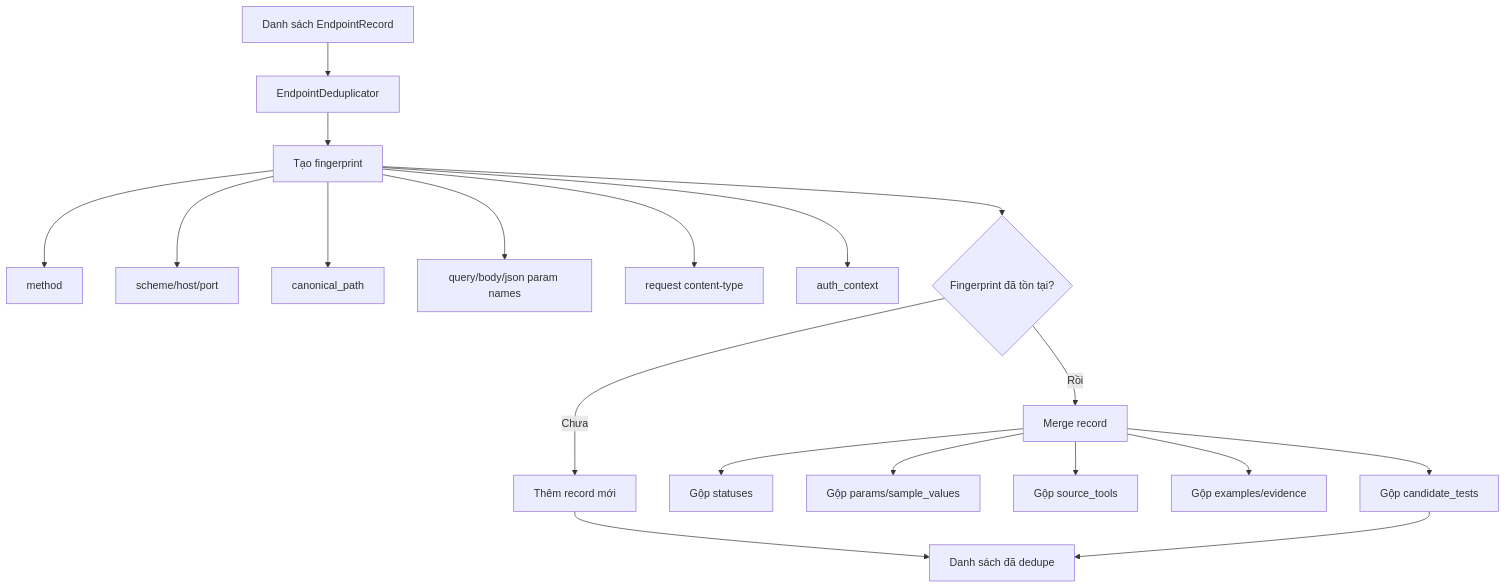
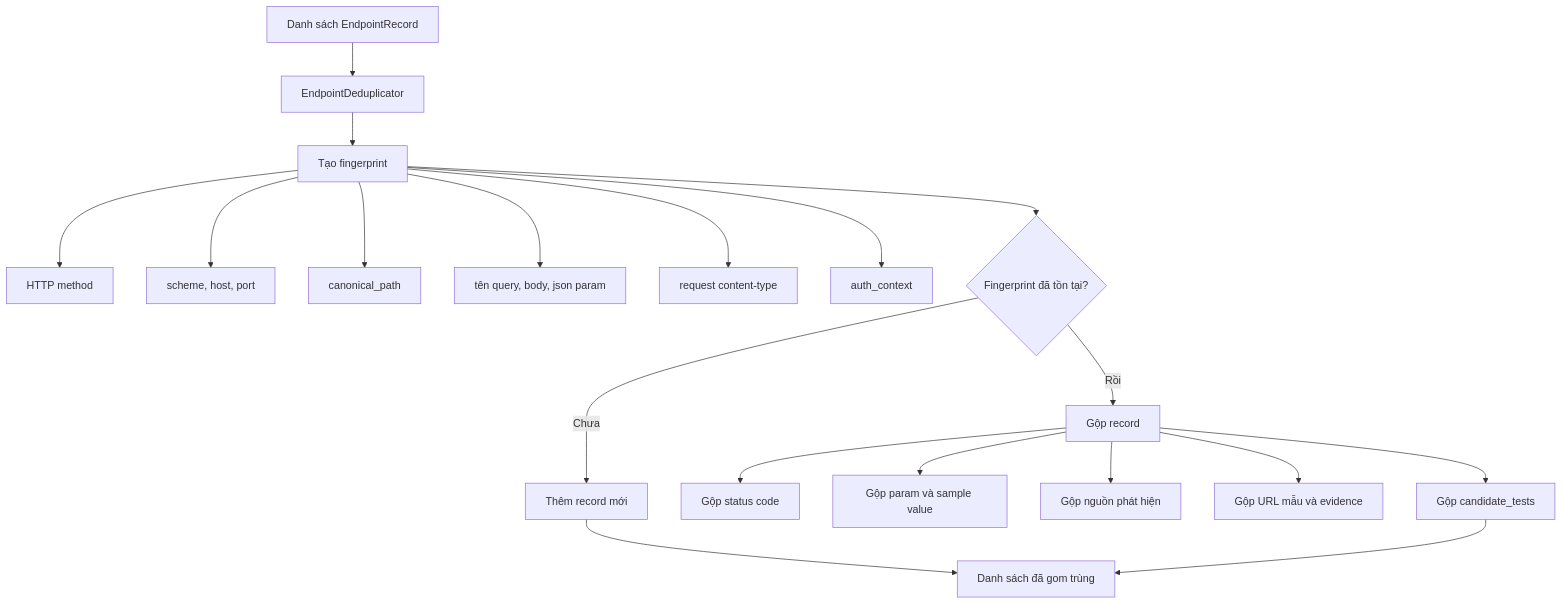
One commit to penguino7/toolkiemthu changed the seventh of 11 diagrams in RECON_FLOW.md. Above: the diagram before and after it, drawn with Mermaid. The commit also changed other lines of this file, not shown here.

````diff
--- a/RECON_FLOW.md
+++ b/RECON_FLOW.md
@@ -179,25 +199,25 @@
 ```mermaid
 flowchart TD
     A[Danh sách EndpointRecord] --> B[EndpointDeduplicator]
     B --> C[Tạo fingerprint]
 
-    C --> D[method]
-    C --> E[scheme/host/port]
+    C --> D[HTTP method]
+    C --> E[scheme, host, port]
     C --> F[canonical_path]
-    C --> G[query/body/json param names]
+    C --> G[tên query, body, json param]
     C --> H[request content-type]
     C --> I[auth_context]
 
     C --> J{Fingerprint đã tồn tại?}
     J -->|Chưa| K[Thêm record mới]
-    J -->|Rồi| L[Merge record]
+    J -->|Rồi| L[Gộp record]
 
-    L --> M[Gộp statuses]
-    L --> N[Gộp params/sample_values]
-    L --> O[Gộp source_tools]
-    L --> P[Gộp examples/evidence]
+    L --> M[Gộp status code]
+    L --> N[Gộp param và sample value]
+    L --> O[Gộp nguồn phát hiện]
+    L --> P[Gộp URL mẫu và evidence]
     L --> Q[Gộp candidate_tests]
 
-    K --> R[Danh sách đã dedupe]
+    K --> R[Danh sách đã gom trùng]
     Q --> R
 ```
````
